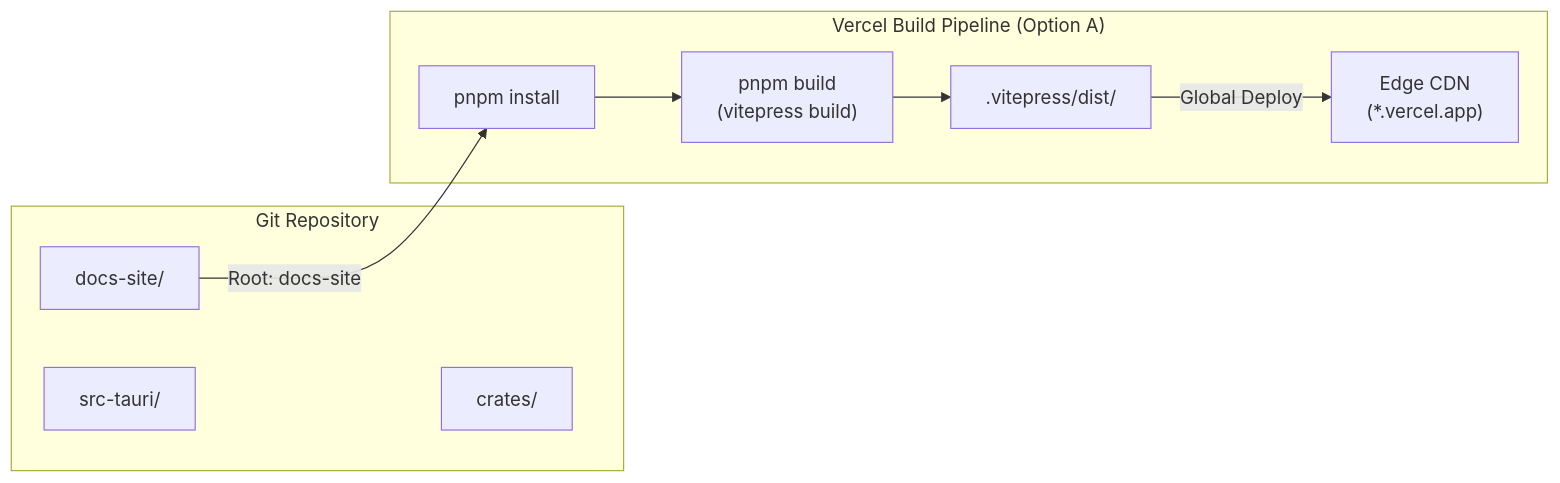
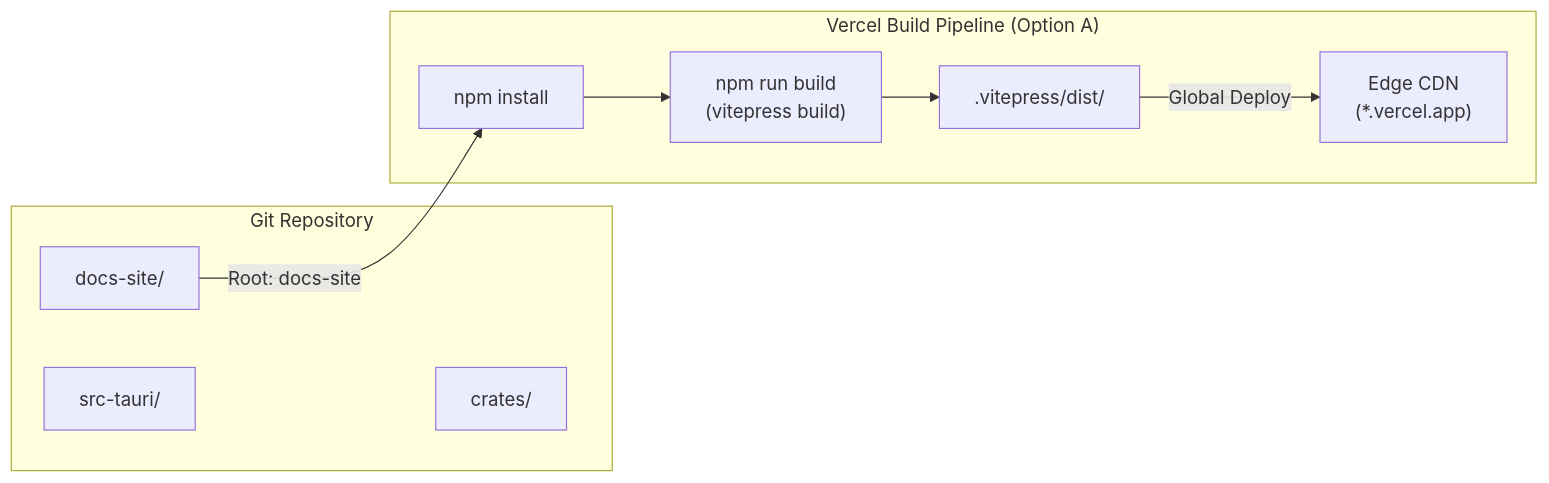
The first of 2 diagrams in docs-site/deployment/vercel-hosting.md (webex042/Tessera), drawn with Mermaid before and after one commit. The commit also changed other lines of this file and 31 other files, not shown here.

````diff
--- a/docs-site/deployment/vercel-hosting.md
+++ b/docs-site/deployment/vercel-hosting.md
@@ -28,13 +28,13 @@
 ```mermaid
 flowchart LR
     subgraph Repo["Git Repository"]
         R1["src-tauri/"] ~~~ R2["crates/"]
         R3["docs-site/"]
     end
     subgraph Vercel["Vercel Build Pipeline (Option A)"]
-        R3 -->|Root: docs-site| V1["pnpm install"]
-        V1 --> V2["pnpm build\n(vitepress build)"]
+        R3 -->|Root: docs-site| V1["npm install"]
+        V1 --> V2["npm run build\n(vitepress build)"]
         V2 --> V3[".vitepress/dist/"]
         V3 -->|Global Deploy| V4["Edge CDN\n(*.vercel.app)"]
     end
 ```
````
